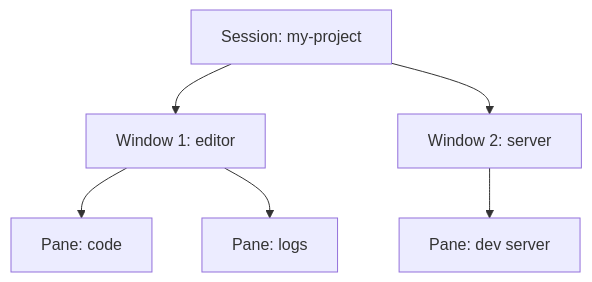
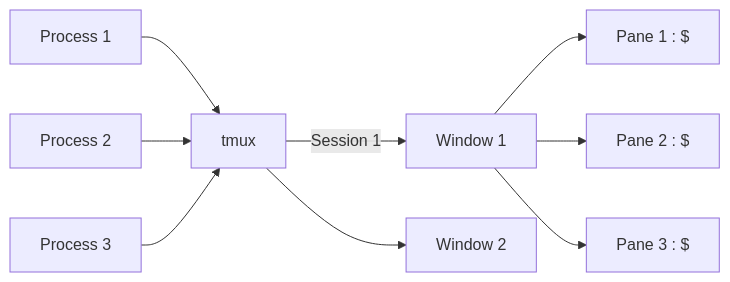
Before and after one commit to kenshin579/blog-v2.advenoh.pe.kr: the diagram in docs/read/tmux-입문-터미널-세션-관리부터-claude-code-활용까지/index.md, drawn with Mermaid. The commit also changed other lines of this file, not shown here.

Commit message:
docs: 4장 다이어그램을 Process→tmux→Session→Window→Pane 흐름으로 보강

````diff
--- a/docs/read/tmux-입문-터미널-세션-관리부터-claude-code-활용까지/index.md
+++ b/docs/read/tmux-입문-터미널-세션-관리부터-claude-code-활용까지/index.md
@@ -66,8 +66,11 @@
 ```mermaid
-graph TD
-    S[Session: my-project] --> W1[Window 1: editor]
-    S --> W2[Window 2: server]
-    W1 --> P1[Pane: code]
-    W1 --> P2[Pane: logs]
-    W2 --> P3[Pane: dev server]
+graph LR
+    P1[Process 1] --> T[tmux]
+    P2[Process 2] --> T
+    P3[Process 3] --> T
+    T -->|Session 1| W1[Window 1]
+    T --> W2[Window 2]
+    W1 --> PA1[Pane 1 : $]
+    W1 --> PA2[Pane 2 : $]
+    W1 --> PA3[Pane 3 : $]
 ```
````
